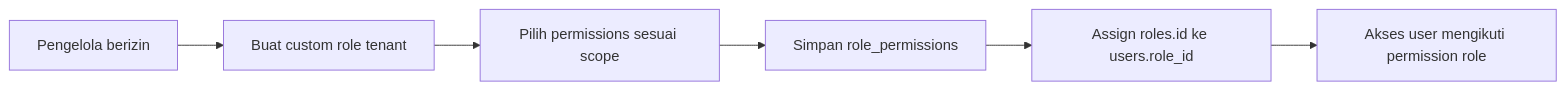
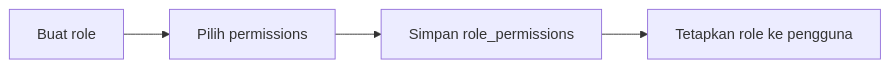
The third of 3 diagrams in docs/user-management.md (JonathanGea/dagantara), drawn with Mermaid before and after one commit. The commit also changed other lines of this file, not shown here.

Commit message:
docs: apply agreed documentation standards to user-management.md

````diff
--- a/docs/user-management.md
+++ b/docs/user-management.md
@@ -236,8 +109,6 @@
 ```mermaid
 flowchart LR
-    A[Pengelola berizin] --> B[Buat custom role tenant]
-    B --> C[Pilih permissions sesuai scope]
-    C --> D[Simpan role_permissions]
-    D --> E[Assign roles.id ke users.role_id]
-    E --> F[Akses user mengikuti permission role]
+    A[Buat role] --> B[Pilih permissions]
+    B --> C[Simpan role_permissions]
+    C --> D[Tetapkan role ke pengguna]
 ```
````
